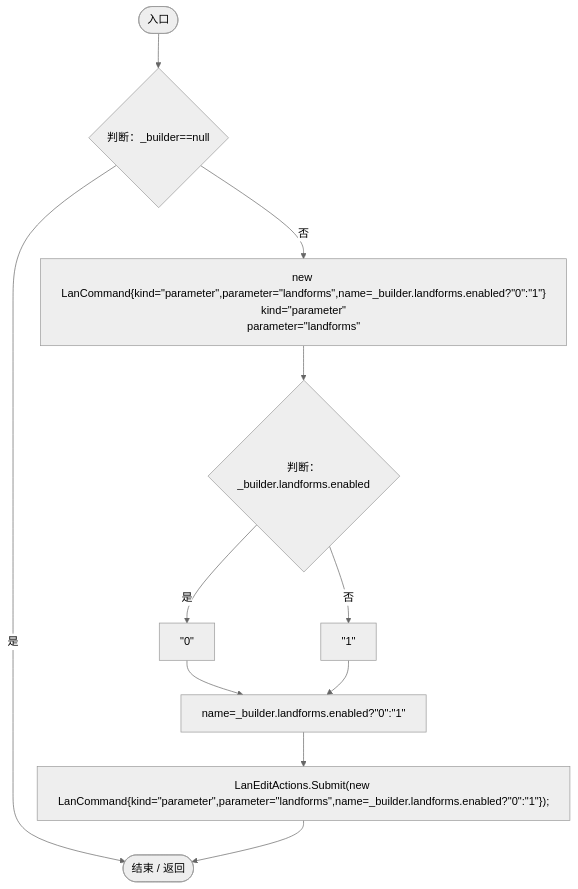
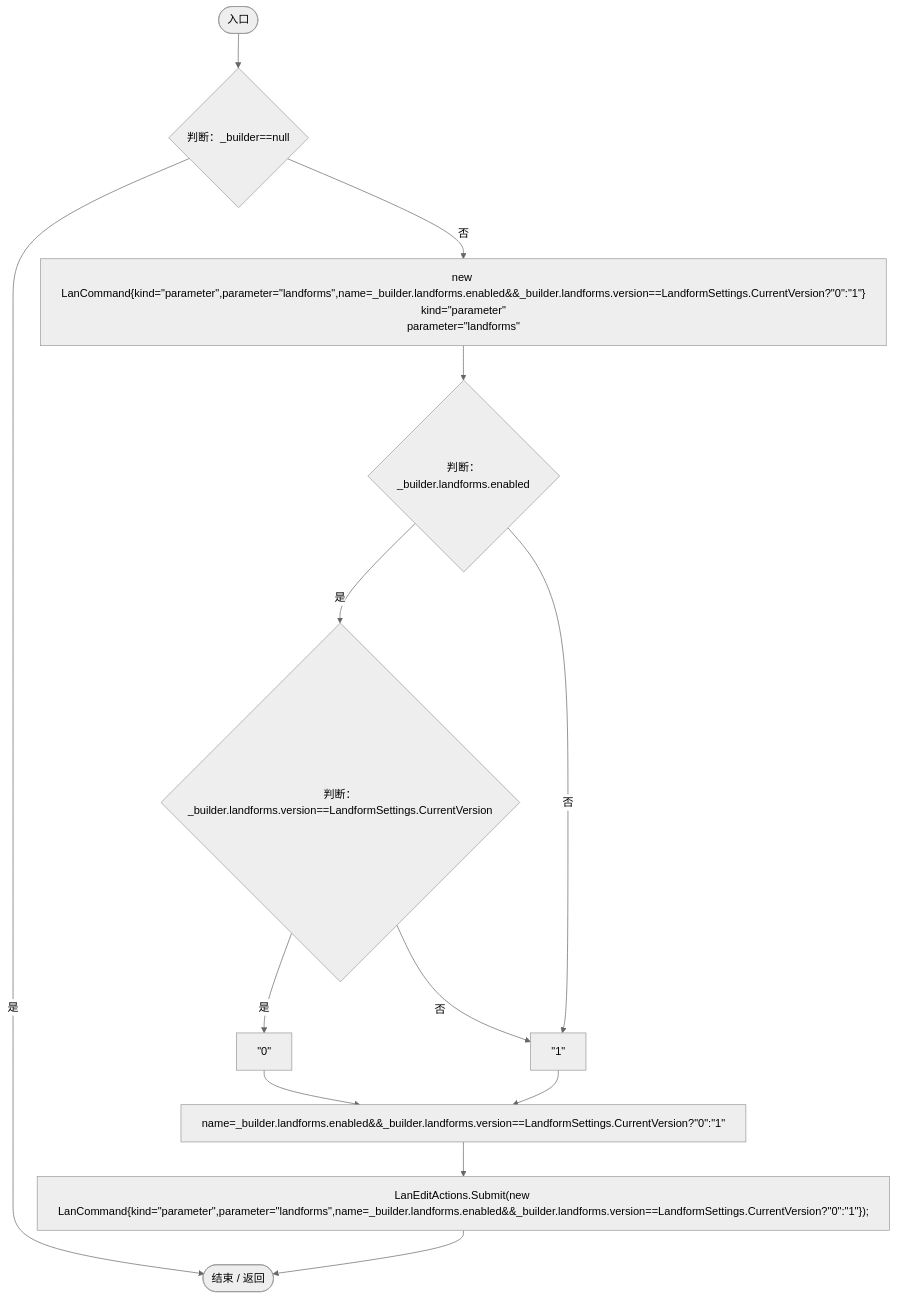
The second of 6 diagrams in Docs/运行流程图/脚本/a492c83bf894e14d.md (xhs6666/Darwin_paradise), drawn with Mermaid (neutral theme) before and after one commit. The commit also changed other lines of this file and 150 other files, not shown here.

````diff
--- a/Docs/运行流程图/脚本/a492c83bf894e14d.md
+++ b/Docs/运行流程图/脚本/a492c83bf894e14d.md
@@ -45,23 +45,26 @@
 ```mermaid
 flowchart TD
   b0(["入口"])
   b1{"判断：_builder==null"}
-  b2["new LanCommand{kind=&quot;parameter&quot;,parameter=&quot;landforms&quot;,name=_builder.landforms.enabled?&quot;0&quot;:&quot;1&quot;}<br/>kind=&quot;parameter&quot;<br/>parameter=&quot;landforms&quot;"]
+  b2["new LanCommand{kind=&quot;parameter&quot;,parameter=&quot;landforms&quot;,name=_builder.landforms.enabled&amp;&amp;_builder.landforms.version==LandformSettings.CurrentVersion?&quot;0&quot;:&quot;1&quot;}<br/>kind=&quot;parameter&quot;<br/>parameter=&quot;landforms&quot;"]
   b3{"判断：_builder.landforms.enabled"}
-  b4["&quot;0&quot;"]
-  b5["&quot;1&quot;"]
-  b6["name=_builder.landforms.enabled?&quot;0&quot;:&quot;1&quot;"]
-  b7["LanEditActions.Submit(new LanCommand{kind=&quot;parameter&quot;,parameter=&quot;landforms&quot;,name=_builder.landforms.enabled?&quot;0&quot;:&quot;1&quot;});"]
-  b8(["结束 / 返回"])
+  b4{"判断：_builder.landforms.version==LandformSettings.CurrentVersion"}
+  b5["&quot;0&quot;"]
+  b6["&quot;1&quot;"]
+  b7["name=_builder.landforms.enabled&amp;&amp;_builder.landforms.version==LandformSettings.CurrentVersion?&quot;0&quot;:&quot;1&quot;"]
+  b8["LanEditActions.Submit(new LanCommand{kind=&quot;parameter&quot;,parameter=&quot;landforms&quot;,name=_builder.landforms.enabled&amp;&amp;_builder.landforms.version==LandformSettings.CurrentVersion?&quot;0&quot;:&quot;1&quot;});"]
+  b9(["结束 / 返回"])
   b0 --> b1
-  b1 -->|"是"| b8
+  b1 -->|"是"| b9
   b1 -->|"否"| b2
   b2 --> b3
   b3 -->|"是"| b4
-  b3 -->|"否"| b5
-  b4 --> b6
-  b5 --> b6
+  b3 -->|"否"| b6
+  b4 -->|"是"| b5
+  b4 -->|"否"| b6
+  b5 --> b7
   b6 --> b7
   b7 --> b8
+  b8 --> b9
 
 ```
````
